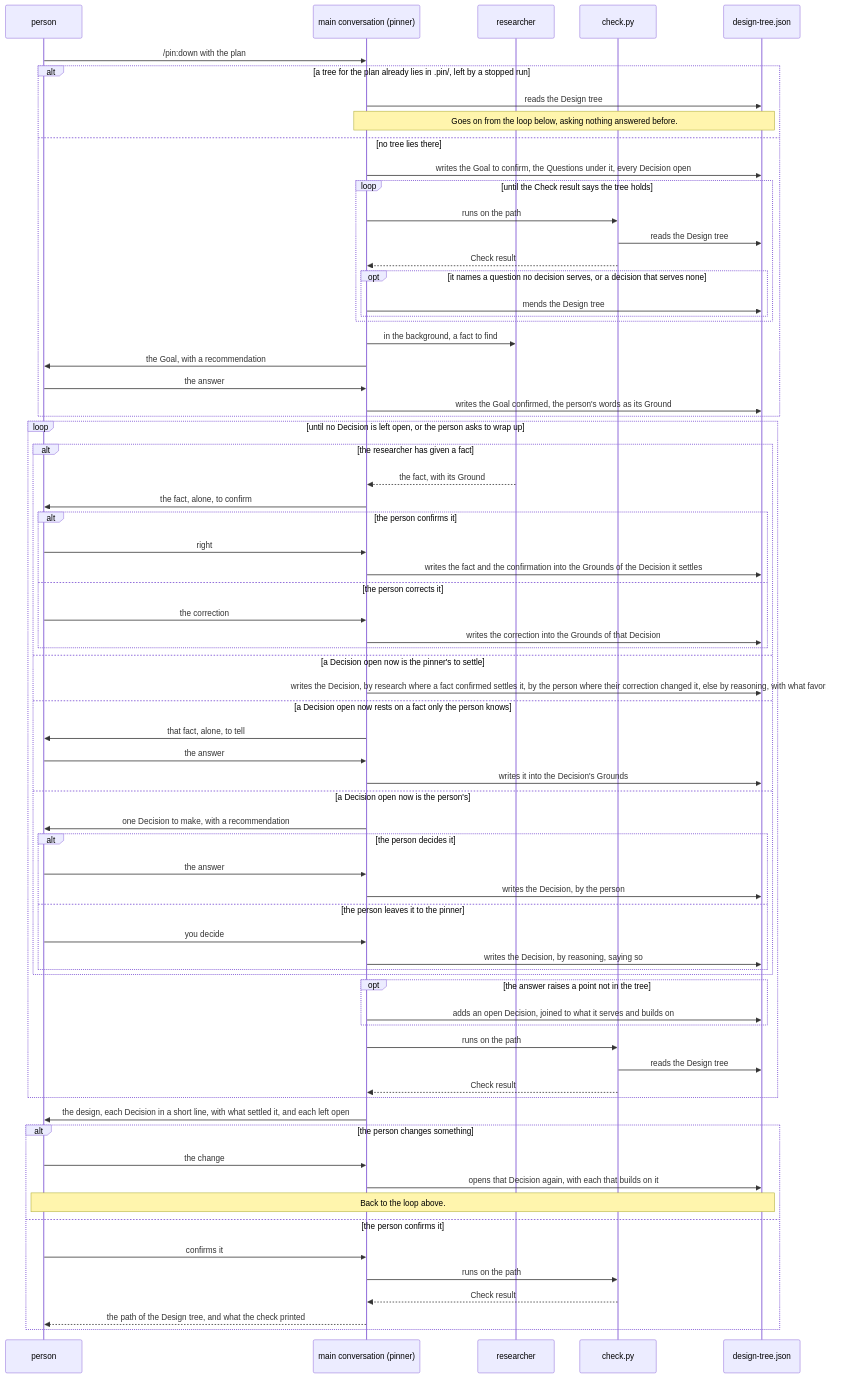
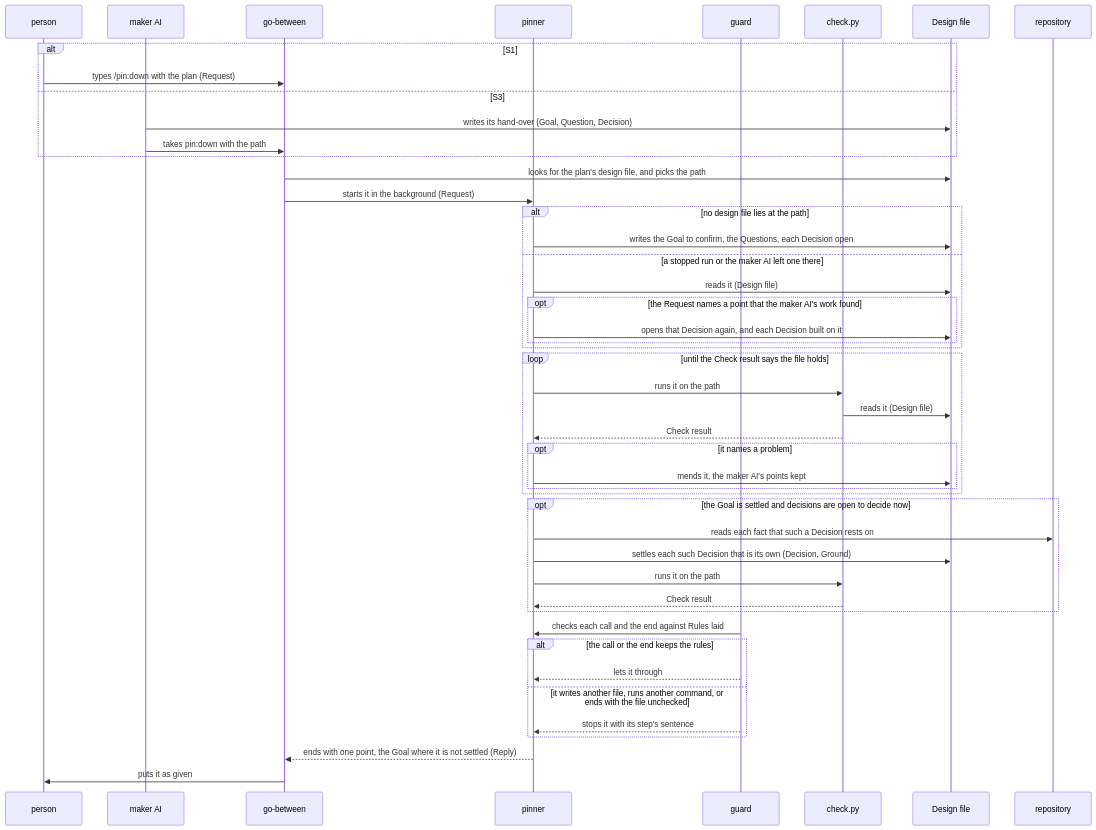
One commit to lovaizu/ccpm changed the first of 2 diagrams in dev/pin/architecture.md. Above: the diagram before and after it, drawn with Mermaid. The commit also changed other lines of this file and 6 other files, not shown here.

````diff
--- a/dev/pin/architecture.md
+++ b/dev/pin/architecture.md
@@ -193,72 +206,49 @@
 ```mermaid
 sequenceDiagram
   participant P as person
-  participant M as main conversation (pinner)
-  participant R as researcher
-  participant C as check.py
-  participant T as design-tree.json
-  P->>M: /pin:down with the plan
-  alt a tree for the plan already lies in .pin/, left by a stopped run
-    M->>T: reads the Design tree
-    Note over M,T: Goes on from the loop below, asking nothing answered before.
-  else no tree lies there
-    M->>T: writes the Goal to confirm, the Questions under it, every Decision open
-    loop until the Check result says the tree holds
-      M->>C: runs on the path
-      C->>T: reads the Design tree
-      C-->>M: Check result
-      opt it names a question no decision serves, or a decision that serves none
-        M->>T: mends the Design tree
-      end
+  participant M as maker AI
+  participant GB as go-between
+  participant PN as pinner
+  participant GD as guard
+  participant CK as check.py
+  participant DF as Design file
+  participant RP as repository
+  alt S1
+    P->>GB: types /pin:down with the plan (Request)
+  else S3
+    M->>DF: writes its hand-over (Goal, Question, Decision)
+    M->>GB: takes pin:down with the path
+  end
+  GB->>DF: looks for the plan's design file, and picks the path
+  GB->>PN: starts it in the background (Request)
+  alt no design file lies at the path
+    PN->>DF: writes the Goal to confirm, the Questions, each Decision open
+  else a stopped run or the maker AI left one there
+    PN->>DF: reads it (Design file)
+    opt the Request names a point that the maker AI's work found
+      PN->>DF: opens that Decision again, and each Decision built on it
     end
-    M->>R: in the background, a fact to find
-    M->>P: the Goal, with a recommendation
-    P->>M: the answer
-    M->>T: writes the Goal confirmed, the person's words as its Ground
   end
-  loop until no Decision is left open, or the person asks to wrap up
-    alt the researcher has given a fact
-      R-->>M: the fact, with its Ground
-      M->>P: the fact, alone, to confirm
-      alt the person confirms it
-        P->>M: right
-        M->>T: writes the fact and the confirmation into the Grounds of the Decision it settles
-      else the person corrects it
-        P->>M: the correction
-        M->>T: writes the correction into the Grounds of that Decision
-      end
-    else a Decision open now is the pinner's to settle
-      M->>T: writes the Decision, by research where a fact confirmed settles it, by the person where their correction changed it, else by reasoning, with what favors it
-    else a Decision open now rests on a fact only the person knows
-      M->>P: that fact, alone, to tell
-      P->>M: the answer
-      M->>T: writes it into the Decision's Grounds
-    else a Decision open now is the person's
-      M->>P: one Decision to make, with a recommendation
-      alt the person decides it
-        P->>M: the answer
-        M->>T: writes the Decision, by the person
-      else the person leaves it to the pinner
-        P->>M: you decide
-        M->>T: writes the Decision, by reasoning, saying so
-      end
+  loop until the Check result says the file holds
+    PN->>CK: runs it on the path
+    CK->>DF: reads it (Design file)
+    CK-->>PN: Check result
+    opt it names a problem
+      PN->>DF: mends it, the maker AI's points kept
     end
-    opt the answer raises a point not in the tree
-      M->>T: adds an open Decision, joined to what it serves and builds on
-    end
-    M->>C: runs on the path
-    C->>T: reads the Design tree
-    C-->>M: Check result
   end
-  M->>P: the design, each Decision in a short line, with what settled it, and each left open
-  alt the person changes something
-    P->>M: the change
-    M->>T: opens that Decision again, with each that builds on it
-    Note over P,T: Back to the loop above.
-  else the person confirms it
-    P->>M: confirms it
-    M->>C: runs on the path
-    C-->>M: Check result
-    M-->>P: the path of the Design tree, and what the check printed
+  opt the Goal is settled and decisions are open to decide now
+    PN->>RP: reads each fact that such a Decision rests on
+    PN->>DF: settles each such Decision that is its own (Decision, Ground)
+    PN->>CK: runs it on the path
+    CK-->>PN: Check result
   end
+  GD->>PN: checks each call and the end against Rules laid
+  alt the call or the end keeps the rules
+    GD-->>PN: lets it through
+  else it writes another file, runs another command, or ends with the file unchecked
+    GD-->>PN: stops it with its step's sentence
+  end
+  PN-->>GB: ends with one point, the Goal where it is not settled (Reply)
+  GB->>P: puts it as given
 ```
````
